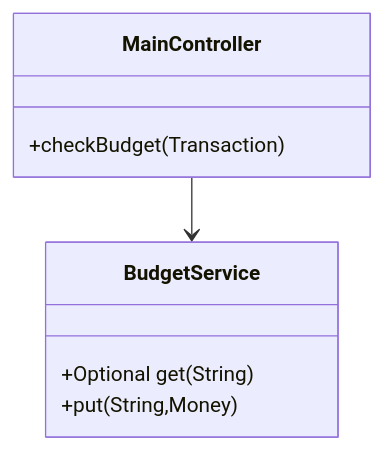
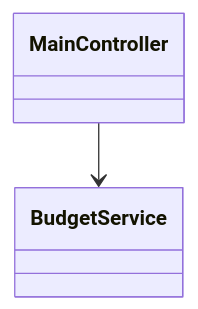
The fourth of 5 diagrams in README.md (acetheberliner/MoneyMinder), drawn with Mermaid before and after one commit. The commit also changed other lines of this file and 1 other file, not shown here.

````diff
--- a/README.md
+++ b/README.md
@@ -157,11 +155,6 @@
 ```mermaid
 classDiagram
-    class BudgetService {
-        +Optional<Money> get(String)
-        +put(String,Money)
-    }
-    class MainController {
-        +checkBudget(Transaction)
-    }
+    class MainController
+    class BudgetService
     MainController --> BudgetService
 ```
````
